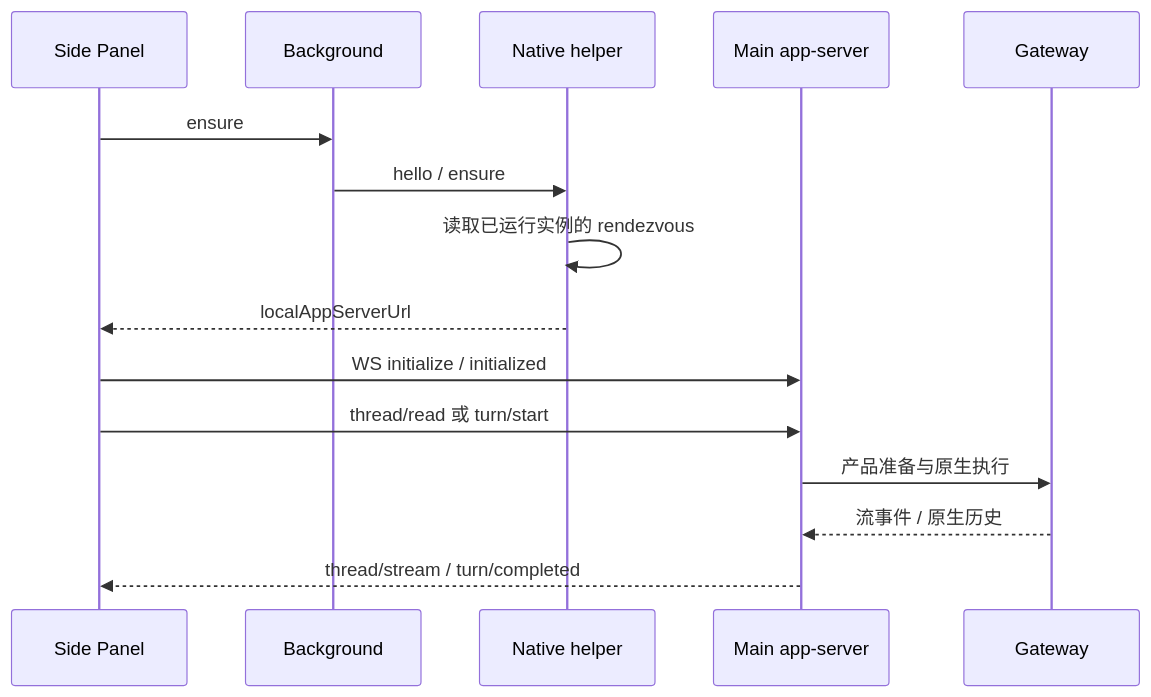
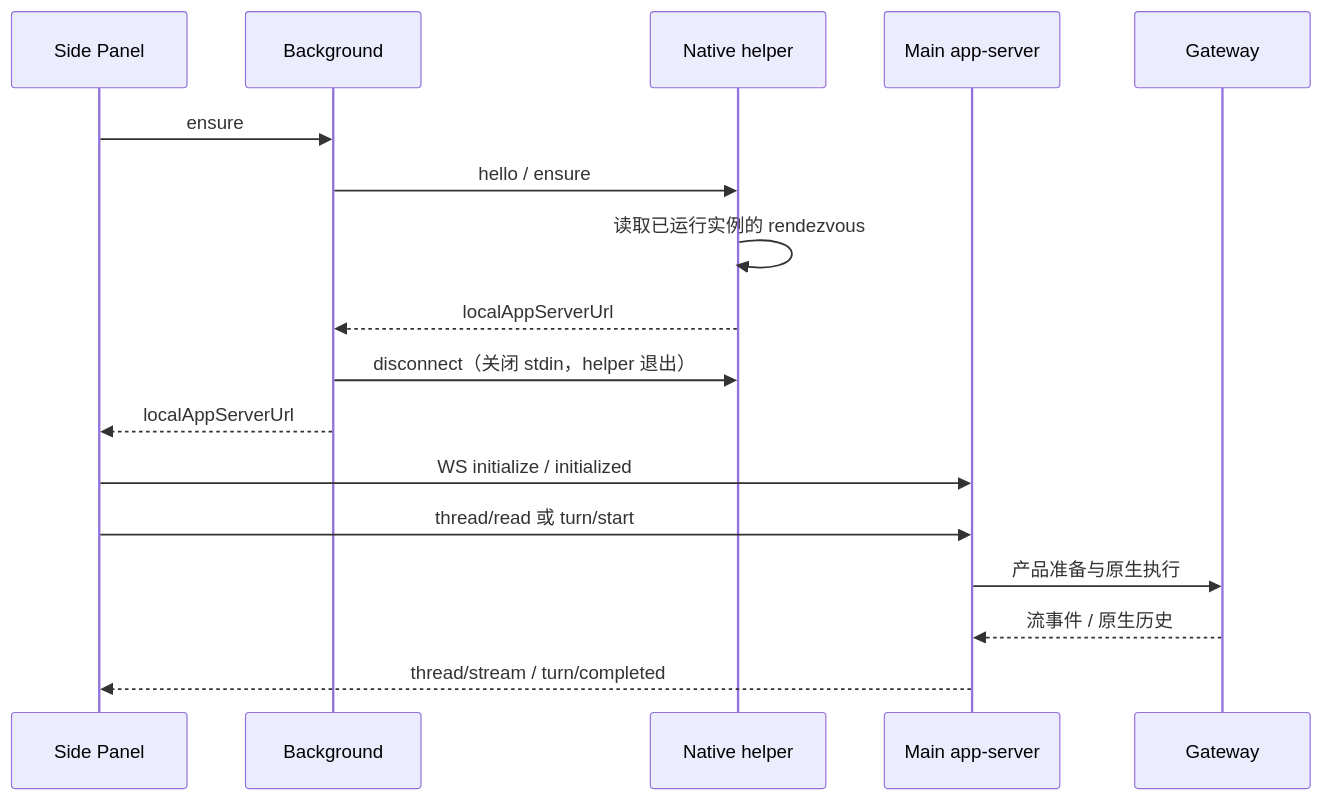
The diagram in docs/features/browser/browser-extension-side-chat.md (liangxhao/JustDo), drawn with Mermaid before and after one commit. The commit also changed other lines of this file and 8 other files, not shown here.

````diff
--- a/docs/features/browser/browser-extension-side-chat.md
+++ b/docs/features/browser/browser-extension-side-chat.md
@@ -19,17 +19,19 @@
 ```mermaid
 sequenceDiagram
   participant Panel as Side Panel
   participant BG as Background
   participant Host as Native helper
   participant Main as Main app-server
   participant G as Gateway
   Panel->>BG: ensure
   BG->>Host: hello / ensure
   Host->>Host: 读取已运行实例的 rendezvous
-  Host-->>Panel: localAppServerUrl
+  Host-->>BG: localAppServerUrl
+  BG->>Host: disconnect（关闭 stdin，helper 退出）
+  BG-->>Panel: localAppServerUrl
   Panel->>Main: WS initialize / initialized
   Panel->>Main: thread/read 或 turn/start
   Main->>G: 产品准备与原生执行
   G-->>Main: 流事件 / 原生历史
   Main-->>Panel: thread/stream / turn/completed
 ```
````
